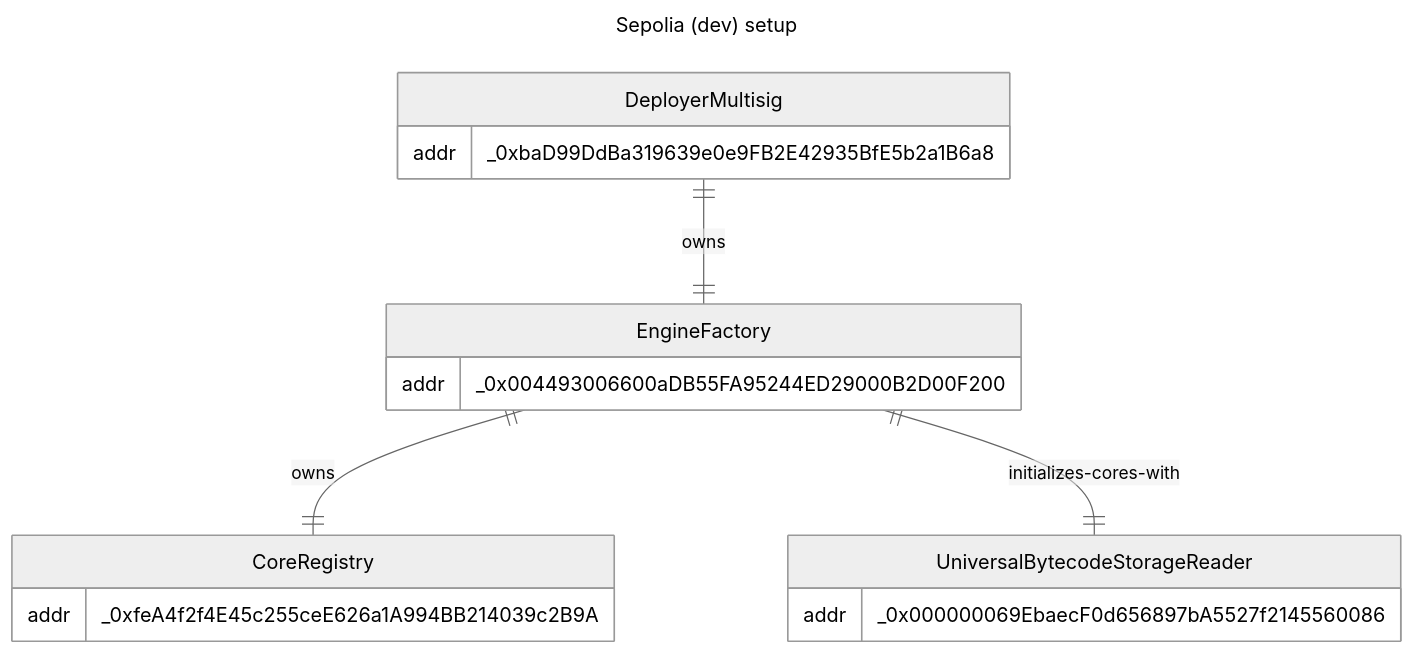
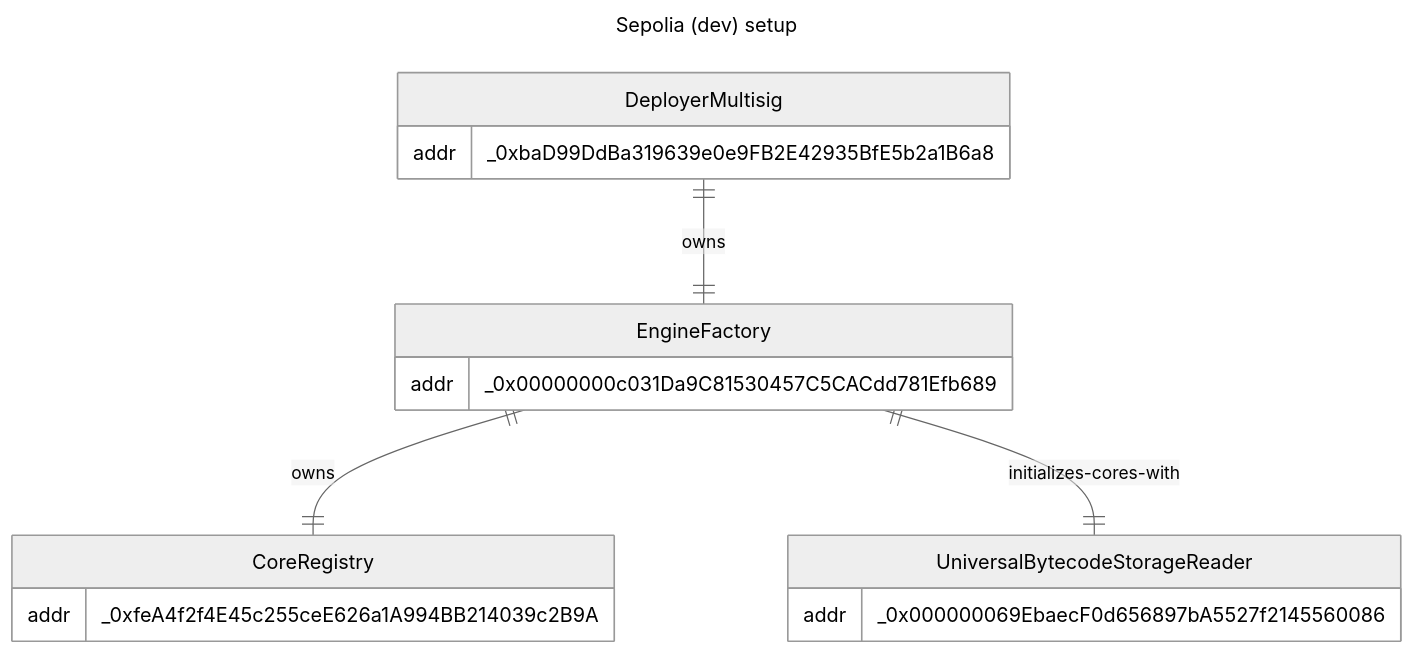
The sixth of 6 diagrams in packages/contracts/INFRASTRUCTURE.md (ArtBlocks/artblocks-contracts), drawn with Mermaid (neutral theme) before and after one commit. The commit also changed other lines of this file and 17 other files, not shown here.

````diff
--- a/packages/contracts/INFRASTRUCTURE.md
+++ b/packages/contracts/INFRASTRUCTURE.md
@@ -167,21 +158,21 @@
 ```mermaid
 ---
 title: Sepolia (dev) setup
 ---
 erDiagram
     DeployerMultisig ||--|| EngineFactory : owns
     EngineFactory ||--|| CoreRegistry : owns
     EngineFactory ||--|| UniversalBytecodeStorageReader : initializes-cores-with
     DeployerMultisig {
         addr _0xbaD99DdBa319639e0e9FB2E42935BfE5b2a1B6a8
     }
     EngineFactory {
-        addr _0x004493006600aDB55FA95244ED29000B2D00F200
+        addr _0x00000000c031Da9C81530457C5CACdd781Efb689
     }
     CoreRegistry {
         addr _0xfeA4f2f4E45c255ceE626a1A994BB214039c2B9A
     }
     UniversalBytecodeStorageReader {
         addr _0x000000069EbaecF0d656897bA5527f2145560086
     }
 ```
````
